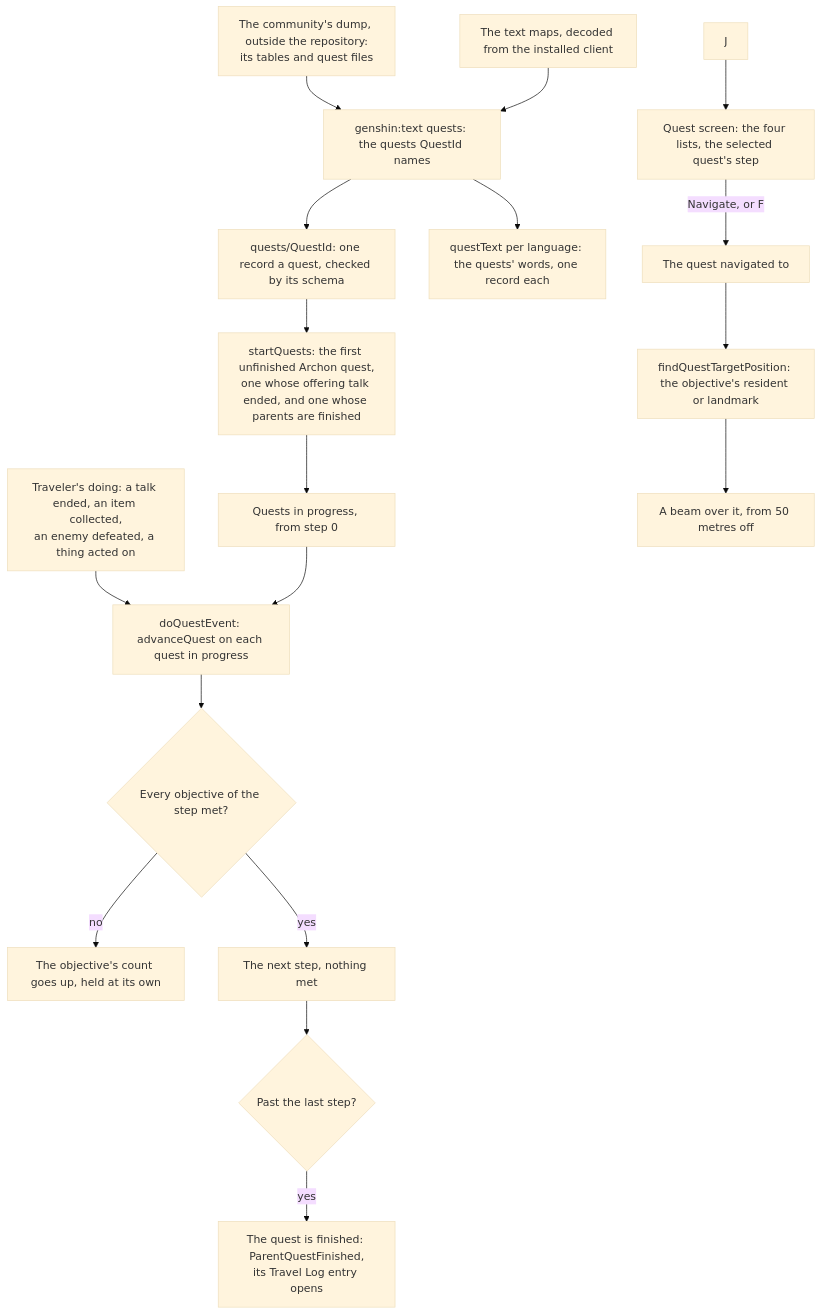
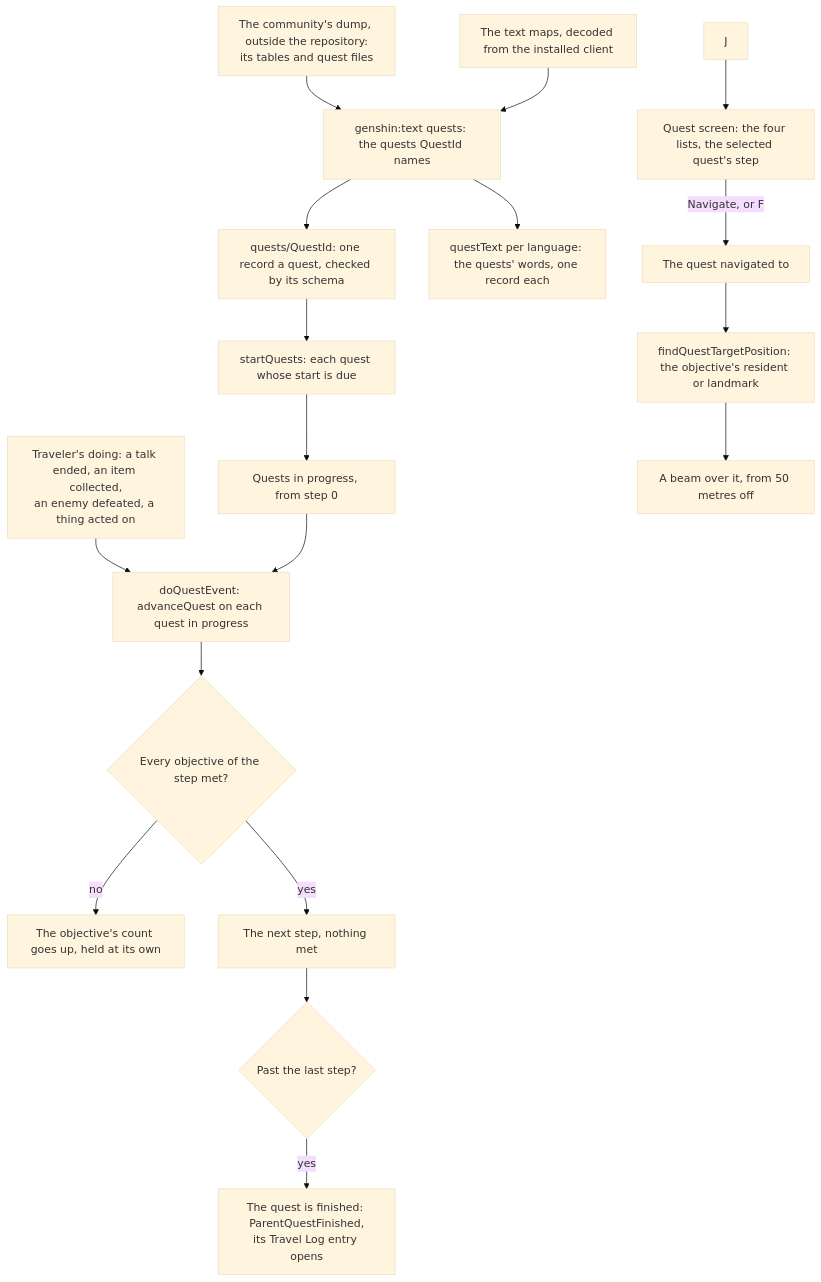
Before and after one commit to Esposter/Esposter: the diagram in openspec/specs/genshin/quests/design.md, drawn with Mermaid (base theme). The commit also changed 6 other files, not shown here.

First line of the commit message:
docs(openspec): the diagram labels name a procedure and one qualifier

````diff
--- a/openspec/specs/genshin/quests/design.md
+++ b/openspec/specs/genshin/quests/design.md
@@ -7,20 +7,20 @@
 ```mermaid
 flowchart TD
   DUMP["The community's dump, outside the repository:<br/>its tables and quest files"] --> READ["genshin:text quests: the quests QuestId names"]
   DECODE["The text maps, decoded from the installed client"] --> READ
   READ --> FILES["quests/QuestId: one record a quest, checked by its schema"]
   READ --> WORDS["questText per language: the quests' words, one record each"]
-  FILES --> START["startQuests: the first unfinished Archon quest,<br/>one whose offering talk ended, and one whose parents are finished"]
+  FILES --> START["startQuests: each quest whose start is due"]
   START --> PROGRESS["Quests in progress, from step 0"]
   DOING["Traveler's doing: a talk ended, an item collected,<br/>an enemy defeated, a thing acted on"] --> ADVANCE["doQuestEvent: advanceQuest on each quest in progress"]
   PROGRESS --> ADVANCE
   ADVANCE --> MET{"Every objective of the step met?"}
   MET -->|"no"| COUNT["The objective's count goes up, held at its own"]
   MET -->|"yes"| STEP["The next step, nothing met"]
   STEP --> DONE{"Past the last step?"}
   DONE -->|"yes"| FINISHED["The quest is finished: ParentQuestFinished,<br/>its Travel Log entry opens"]
   J["J"] --> SCREEN["Quest screen: the four lists, the selected quest's step"]
   SCREEN -->|"Navigate, or F"| TRACKED["The quest navigated to"]
   TRACKED --> TARGET["findQuestTargetPosition: the objective's resident or landmark"]
   TARGET --> BEAM["A beam over it, from 50 metres off"]
 ```
````
